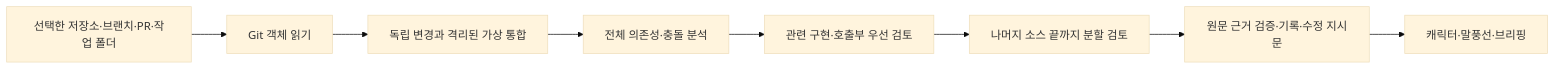
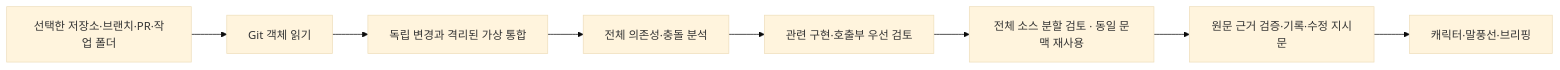
One commit to ArialHanho/who-is-disaster changed the diagram in docs/architecture.md. Above: the diagram before and after it, drawn with Mermaid (base theme). The commit also changed other lines of this file and 15 other files, not shown here.

````diff
--- a/docs/architecture.md
+++ b/docs/architecture.md
@@ -3,10 +3,10 @@
 ```mermaid
 flowchart LR
     A[선택한 저장소·브랜치·PR·작업 폴더] --> B[Git 객체 읽기]
     B --> C[독립 변경과 격리된 가상 통합]
     C --> D[전체 의존성·충돌 분석]
     D --> E[관련 구현·호출부 우선 검토]
-    E --> F[나머지 소스 끝까지 분할 검토]
+    E --> F[전체 소스 분할 검토 · 동일 문맥 재사용]
     F --> G[원문 근거 검증·기록·수정 지시문]
     G --> H[캐릭터·말풍선·브리핑]
 ```
````
